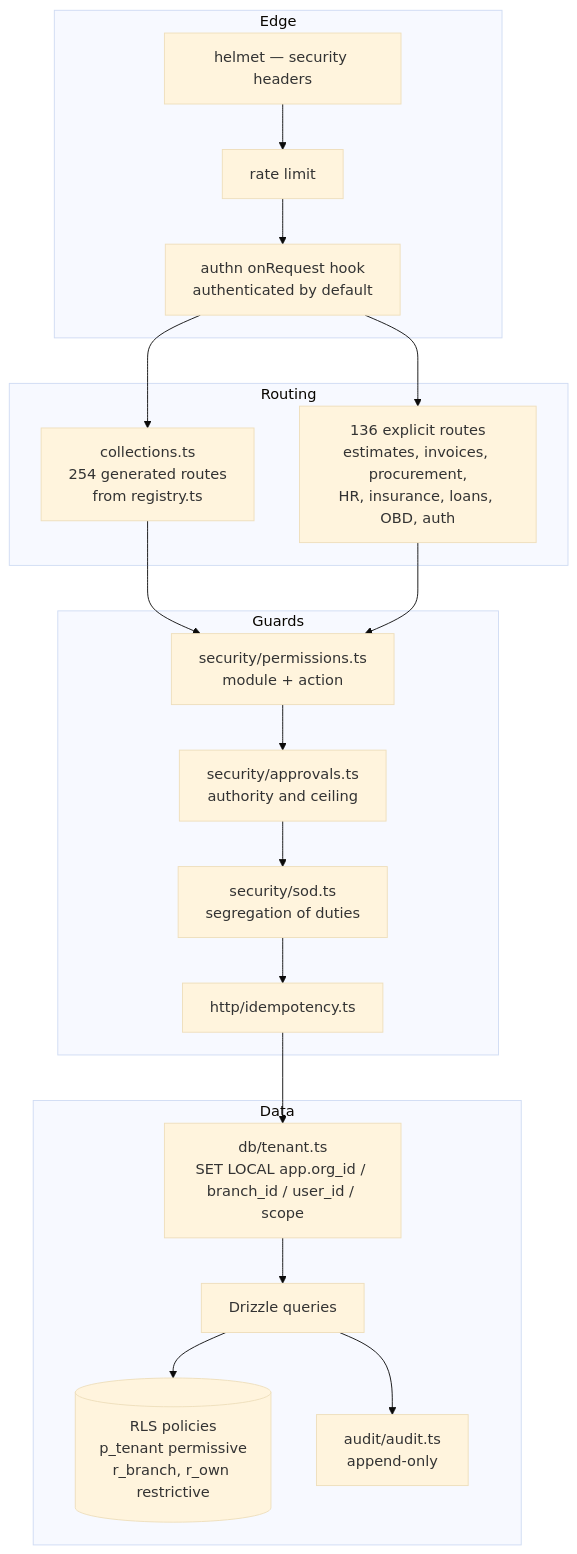
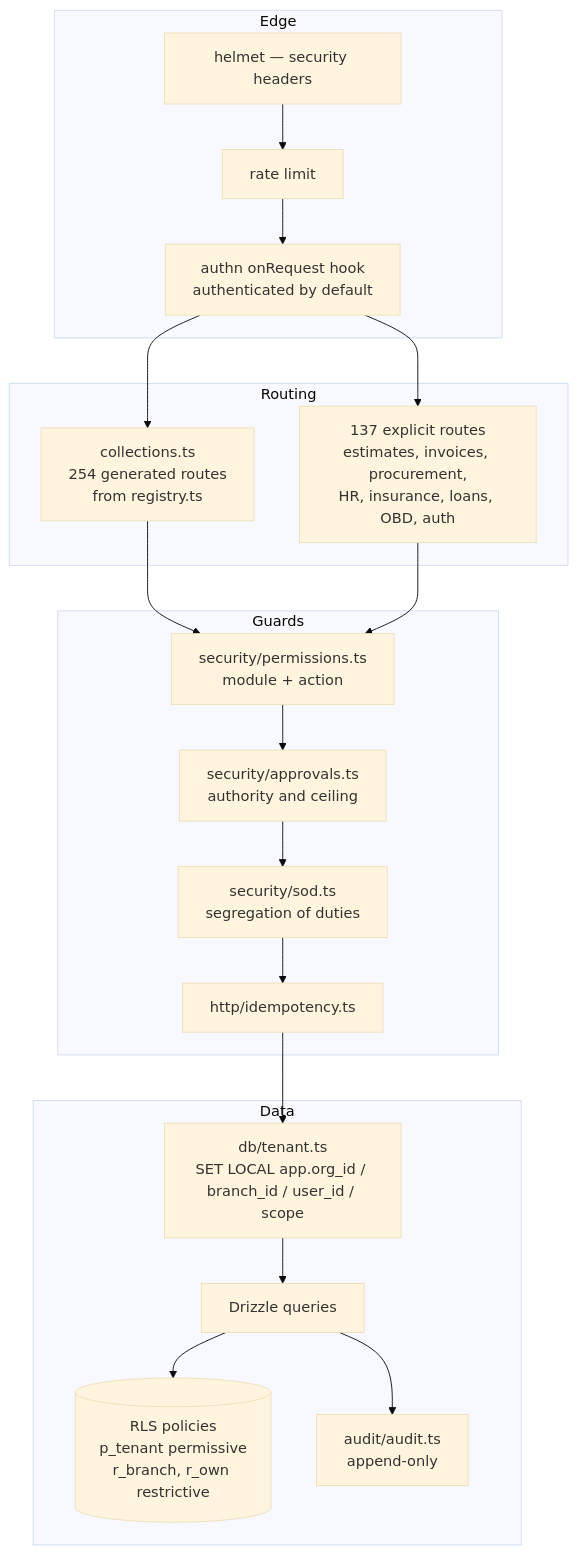
One commit to tazamohd/SlClNe changed the third of 4 diagrams in docs/15_C4_ARCHITECTURE_DIAGRAMS/C4_MODEL.md. Above: the diagram before and after it, drawn with Mermaid (base theme). The commit also changed other lines of this file and 36 other files, not shown here.

````diff
--- a/docs/15_C4_ARCHITECTURE_DIAGRAMS/C4_MODEL.md
+++ b/docs/15_C4_ARCHITECTURE_DIAGRAMS/C4_MODEL.md
@@ -60,29 +60,29 @@
 ```mermaid
 flowchart TB
   subgraph edge[Edge]
     helmet["helmet — security headers"]
     rl["rate limit"]
     authn["authn onRequest hook<br/>authenticated by default"]
   end
   subgraph routing[Routing]
     generic["collections.ts<br/>254 generated routes<br/>from registry.ts"]
-    explicit["136 explicit routes<br/>estimates, invoices, procurement,<br/>HR, insurance, loans, OBD, auth"]
+    explicit["137 explicit routes<br/>estimates, invoices, procurement,<br/>HR, insurance, loans, OBD, auth"]
   end
   subgraph guards[Guards]
     perms["security/permissions.ts<br/>module + action"]
     approvals["security/approvals.ts<br/>authority and ceiling"]
     sod["security/sod.ts<br/>segregation of duties"]
     idem["http/idempotency.ts"]
   end
   subgraph data[Data]
     tenant["db/tenant.ts<br/>SET LOCAL app.org_id / branch_id / user_id / scope"]
     drizzle["Drizzle queries"]
     rls[("RLS policies<br/>p_tenant permissive<br/>r_branch, r_own restrictive")]
     audit["audit/audit.ts<br/>append-only"]
   end
   helmet --> rl --> authn --> generic
   authn --> explicit
   generic --> perms
   explicit --> perms --> approvals --> sod --> idem --> tenant --> drizzle --> rls
   drizzle --> audit
 ```
````
